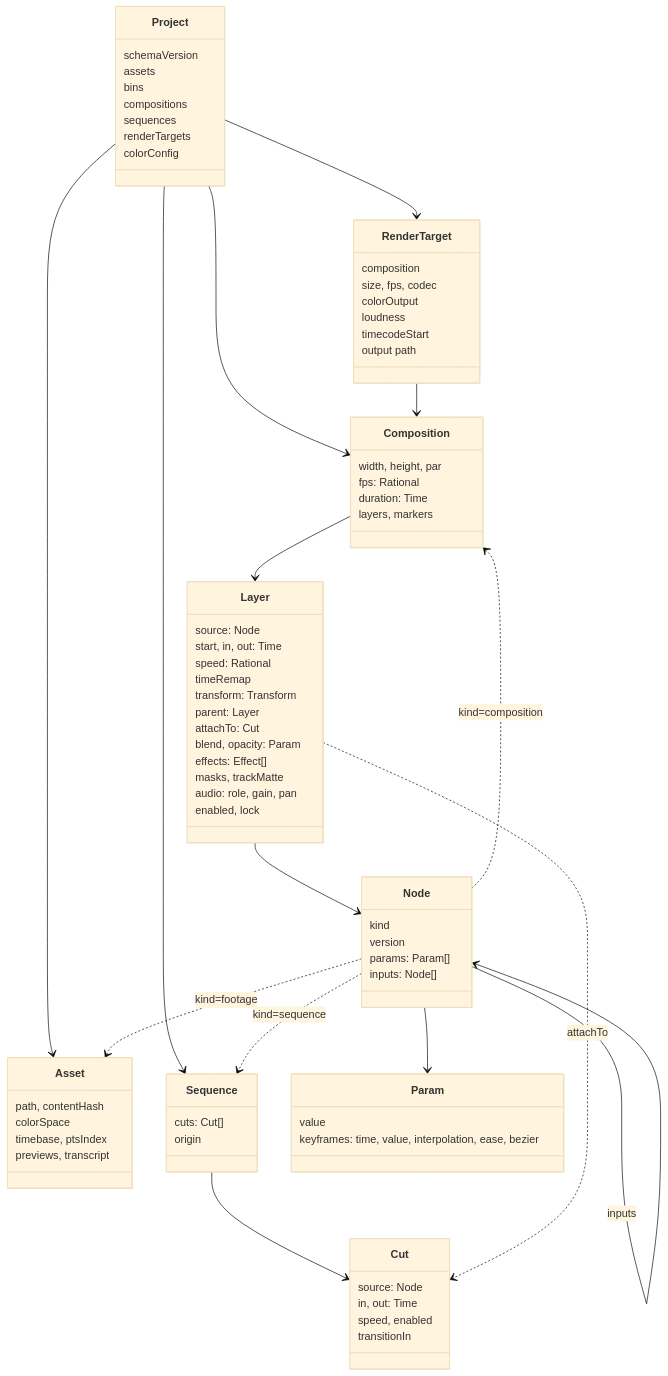
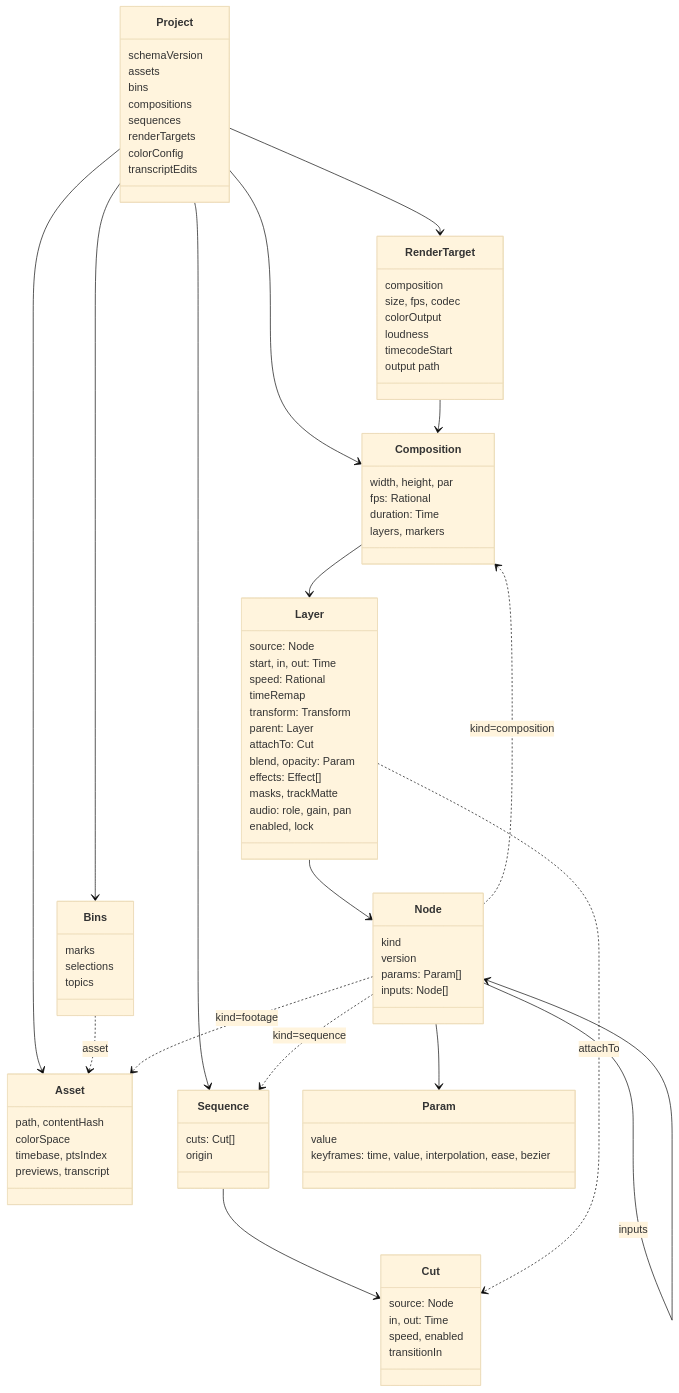
One commit to Durun/claude-marketplace changed the diagram in movie-maker/docs/design/03-data-model.md. Above: the diagram before and after it, drawn with Mermaid (base theme). The commit also changed other lines of this file and 22 other files, not shown here.

```diff
--- a/movie-maker/docs/design/03-data-model.md
+++ b/movie-maker/docs/design/03-data-model.md
@@ -10,6 +10,12 @@
     sequences
     renderTargets
     colorConfig
+    transcriptEdits
+  }
+  class Bins {
+    marks
+    selections
+    topics
   }
   class Asset {
     path, contentHash
@@ -66,6 +72,8 @@
     output path
   }
   Project --> Asset
+  Project --> Bins
+  Bins ..> Asset : asset
   Project --> Composition
   Project --> RenderTarget
   Project --> Sequence
```
